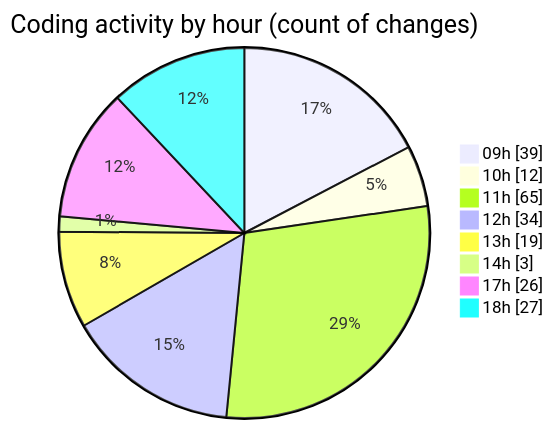
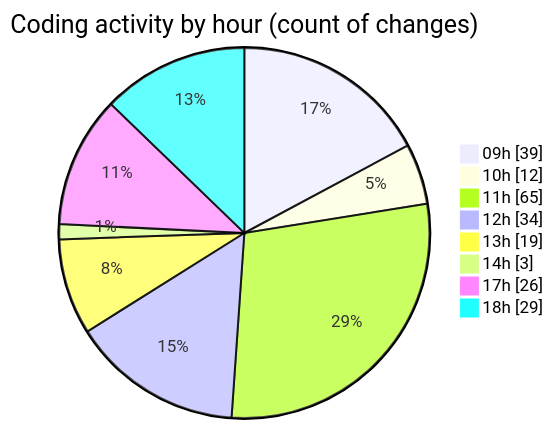
The second of 2 diagrams in 2025-03-04/cda/README.md (momahboobian/code-tracking), drawn with Mermaid before and after one commit. The commit also changed other lines of this file and 1 other file, not shown here.

````diff
--- a/2025-03-04/cda/README.md
+++ b/2025-03-04/cda/README.md
@@ -35,12 +35,12 @@
 ```mermaid
 pie showData
 title Coding activity by hour (count of changes)
 "09h" : 39
 "10h" : 12
 "11h" : 65
 "12h" : 34
 "13h" : 19
 "14h" : 3
 "17h" : 26
-"18h" : 27
+"18h" : 29
 ```
````
